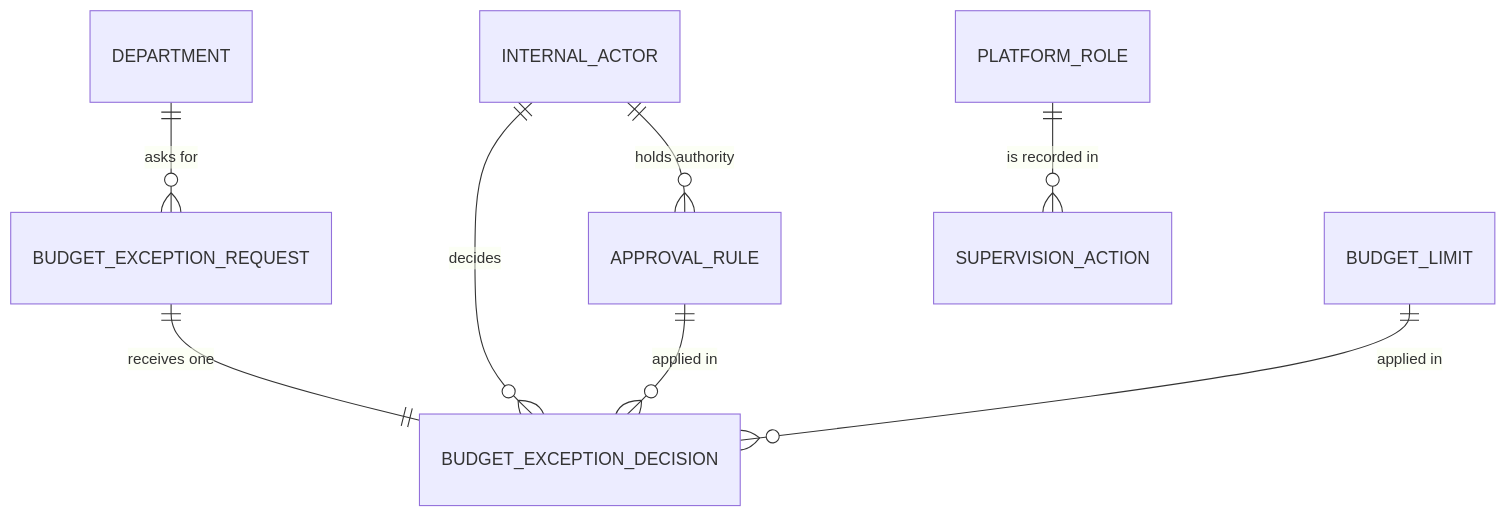
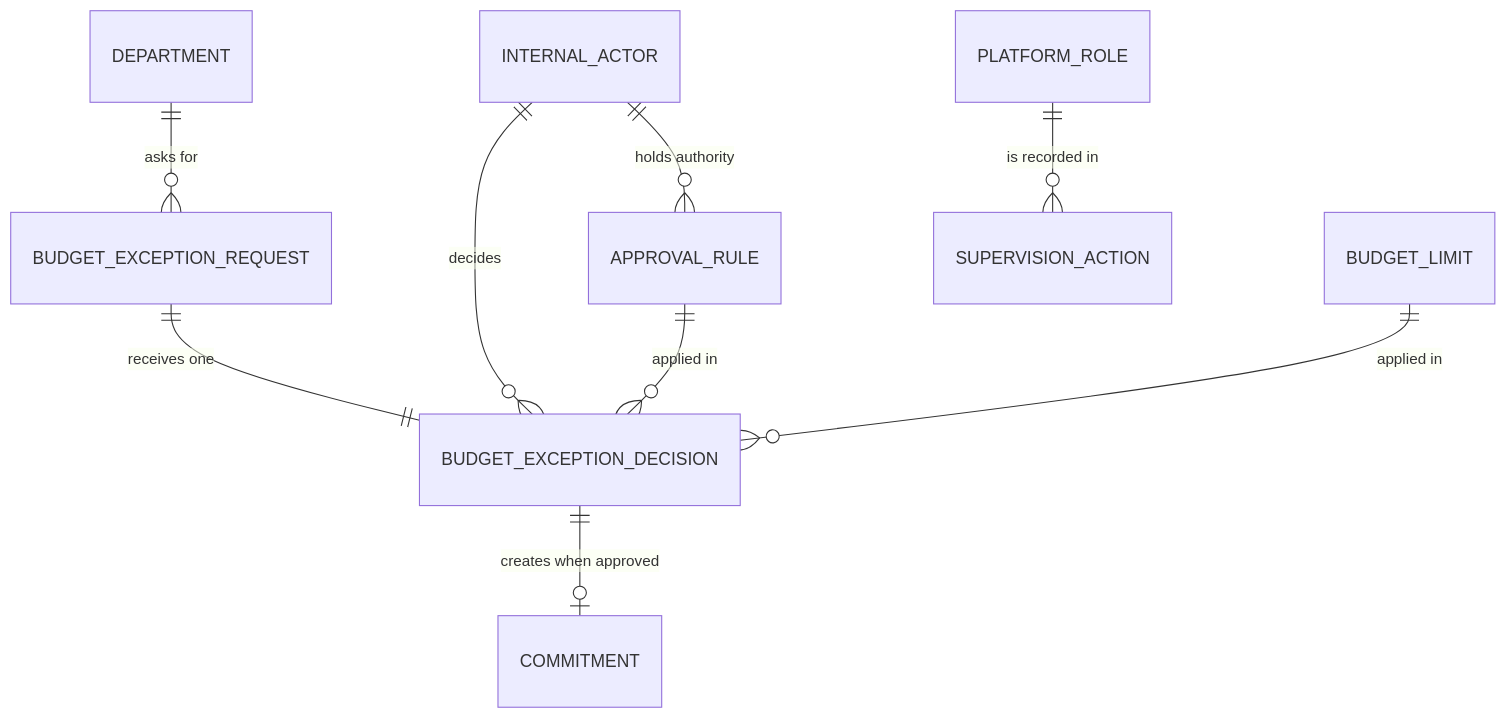
One commit to tifanyporto/expathio changed the diagram in docs/decisions/0032-phase-1-database-architecture.md. Above: the diagram before and after it, drawn with Mermaid. The commit also changed other lines of this file and 4 other files, not shown here.

````diff
--- a/docs/decisions/0032-phase-1-database-architecture.md
+++ b/docs/decisions/0032-phase-1-database-architecture.md
@@ -105,10 +119,11 @@
 ```mermaid
 erDiagram
     INTERNAL_ACTOR ||--o{ APPROVAL_RULE : "holds authority"
     BUDGET_EXCEPTION_REQUEST ||--|| BUDGET_EXCEPTION_DECISION : "receives one"
     INTERNAL_ACTOR ||--o{ BUDGET_EXCEPTION_DECISION : "decides"
     APPROVAL_RULE ||--o{ BUDGET_EXCEPTION_DECISION : "applied in"
     BUDGET_LIMIT ||--o{ BUDGET_EXCEPTION_DECISION : "applied in"
+    BUDGET_EXCEPTION_DECISION ||--o| COMMITMENT : "creates when approved"
     DEPARTMENT ||--o{ BUDGET_EXCEPTION_REQUEST : "asks for"
     PLATFORM_ROLE ||--o{ SUPERVISION_ACTION : "is recorded in"
 ```
````
